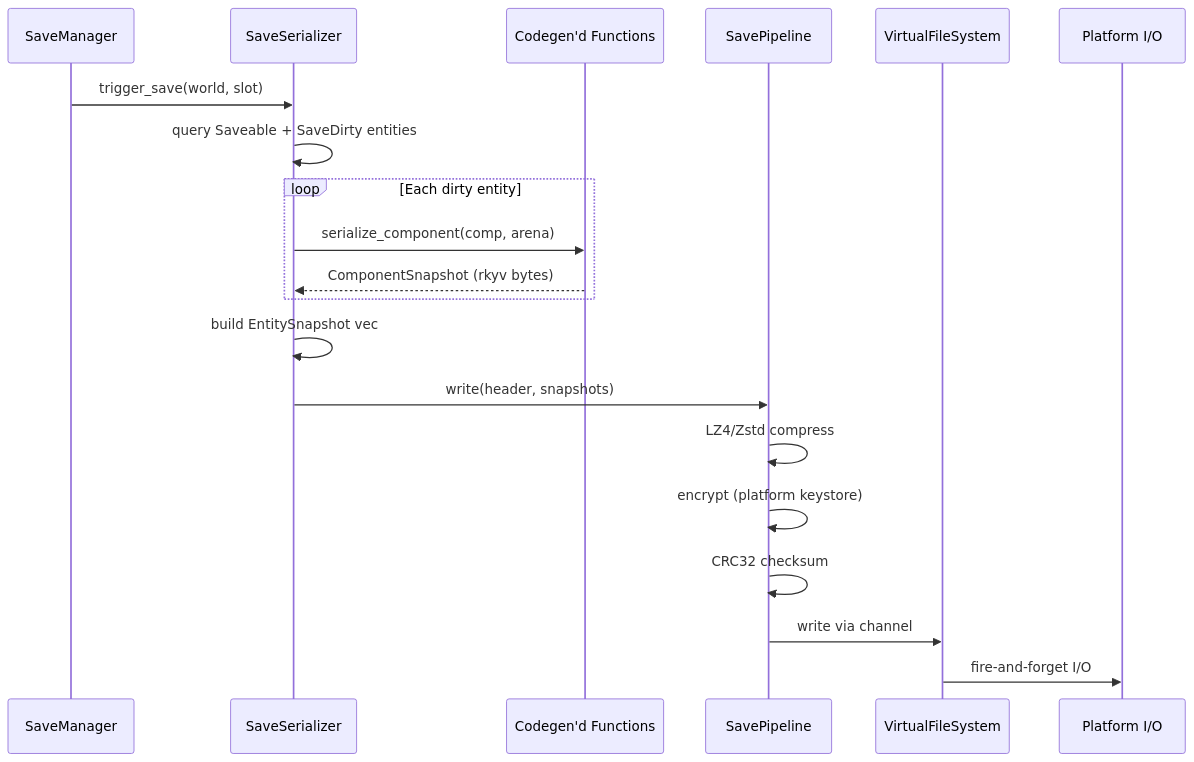
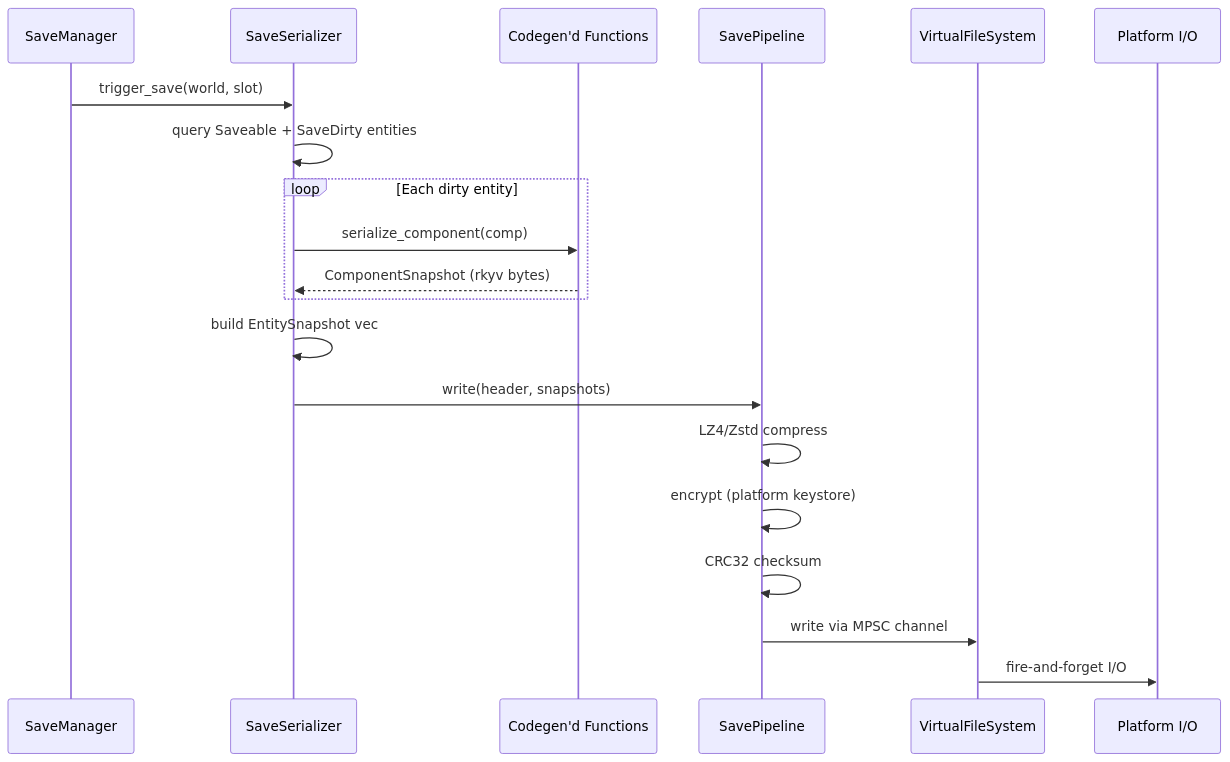
The first of 3 diagrams in docs/design/integration/save-system-serialization.md (harmonius-dev/harmonius), drawn with Mermaid before and after one commit. The commit also changed other lines of this file and 109 other files, not shown here.

````diff
--- a/docs/design/integration/save-system-serialization.md
+++ b/docs/design/integration/save-system-serialization.md
@@ -219,23 +226,23 @@
 ```mermaid
 sequenceDiagram
     participant GM as SaveManager
     participant SS as SaveSerializer
     participant CG as Codegen'd Functions
     participant SP as SavePipeline
     participant VFS as VirtualFileSystem
     participant PIO as Platform I/O
 
     GM->>SS: trigger_save(world, slot)
     SS->>SS: query Saveable + SaveDirty entities
     loop Each dirty entity
-        SS->>CG: serialize_component(comp, arena)
+        SS->>CG: serialize_component(comp)
         CG-->>SS: ComponentSnapshot (rkyv bytes)
     end
     SS->>SS: build EntitySnapshot vec
     SS->>SP: write(header, snapshots)
     SP->>SP: LZ4/Zstd compress
     SP->>SP: encrypt (platform keystore)
     SP->>SP: CRC32 checksum
-    SP->>VFS: write via channel
+    SP->>VFS: write via MPSC channel
     VFS->>PIO: fire-and-forget I/O
 ```
````
